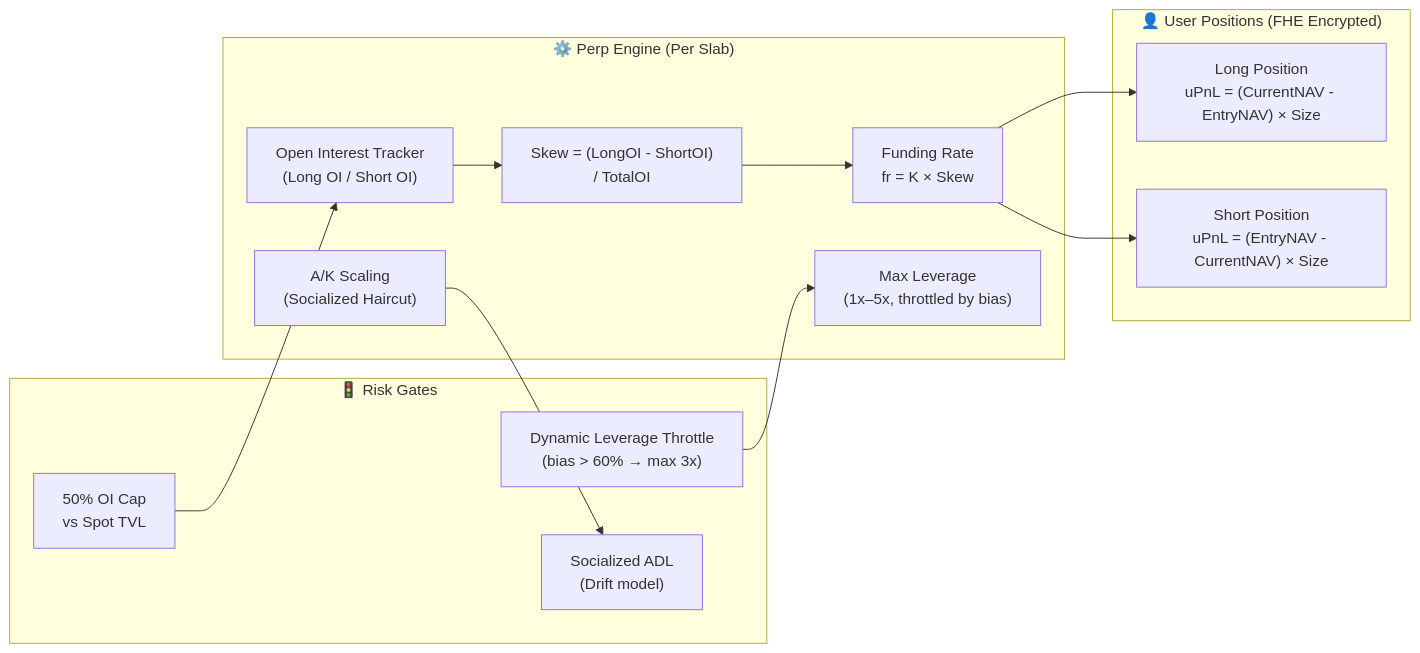
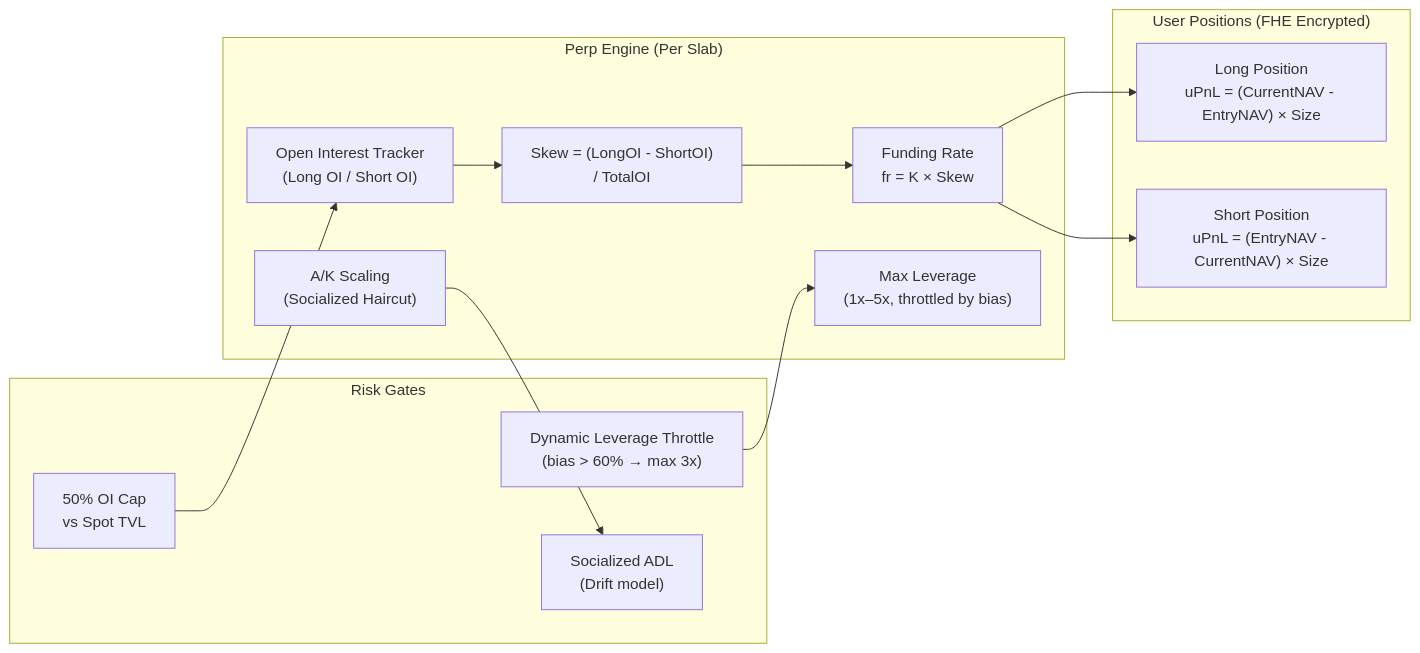
The fifth of 7 diagrams in README.md (thetruesammyjay/Percorium), drawn with Mermaid before and after one commit. The commit also changed other lines of this file and 2 other files, not shown here.

````diff
--- a/README.md
+++ b/README.md
@@ -229,29 +229,29 @@
 ```mermaid
 graph LR
-    subgraph PerpEngine["⚙️ Perp Engine (Per Slab)"]
+    subgraph PerpEngine["Perp Engine (Per Slab)"]
         OI["Open Interest Tracker\n(Long OI / Short OI)"]
         Skew["Skew = (LongOI - ShortOI)\n/ TotalOI"]
         Funding["Funding Rate\nfr = K × Skew"]
         Leverage["Max Leverage\n(1x–5x, throttled by bias)"]
         AK["A/K Scaling\n(Socialized Haircut)"]
     end
 
-    subgraph UserPositions["👤 User Positions (FHE Encrypted)"]
+    subgraph UserPositions["User Positions (FHE Encrypted)"]
         Long["Long Position\nuPnL = (CurrentNAV - EntryNAV) × Size"]
         Short["Short Position\nuPnL = (EntryNAV - CurrentNAV) × Size"]
     end
 
-    subgraph RiskGates["🚦 Risk Gates"]
+    subgraph RiskGates["Risk Gates"]
         Cap["50% OI Cap\nvs Spot TVL"]
         Throttle["Dynamic Leverage Throttle\n(bias > 60% → max 3x)"]
         ADL["Socialized ADL\n(Drift model)"]
     end
 
     OI --> Skew
     Skew --> Funding
     Funding --> Long
     Funding --> Short
     Cap --> OI
     Throttle --> Leverage
     AK --> ADL
 ```
````
